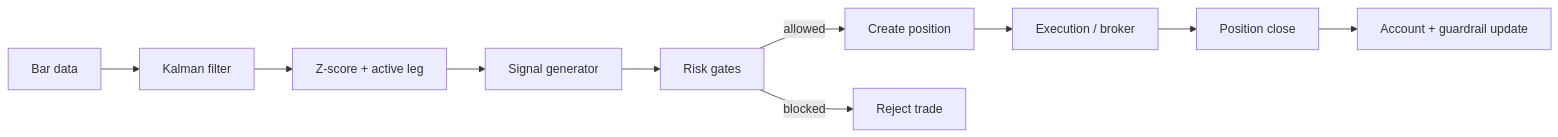
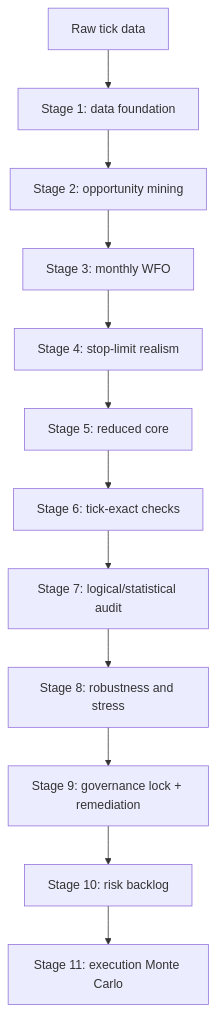
One commit to jbus84/behemoth changed the diagram in docs/architecture.md. Above: the diagram before and after it, drawn with Mermaid. The commit also changed other lines of this file and 102 other files, not shown here.

Commit message:
docs: align strategy bible and governance contracts with reduced-core OCO stop-limit pipeline

````diff
--- a/docs/architecture.md
+++ b/docs/architecture.md
@@ -7,12 +7,14 @@
 ```mermaid
-flowchart LR
-  A[Bar data] --> B[Kalman filter]
-  B --> C[Z-score + active leg]
-  C --> D[Signal generator]
-  D --> E[Risk gates]
-  E -->|allowed| F[Create position]
-  E -->|blocked| G[Reject trade]
-  F --> H[Execution / broker]
-  H --> I[Position close]
-  I --> J[Account + guardrail update]
+flowchart TD
+  A[Raw tick data] --> B[Stage 1: data foundation]
+  B --> C[Stage 2: opportunity mining]
+  C --> D[Stage 3: monthly WFO]
+  D --> E[Stage 4: stop-limit realism]
+  E --> F[Stage 5: reduced core]
+  F --> G[Stage 6: tick-exact checks]
+  G --> H[Stage 7: logical/statistical audit]
+  H --> I[Stage 8: robustness and stress]
+  I --> J[Stage 9: governance lock + remediation]
+  J --> K[Stage 10: risk backlog]
+  K --> L[Stage 11: execution Monte Carlo]
 ```
````
